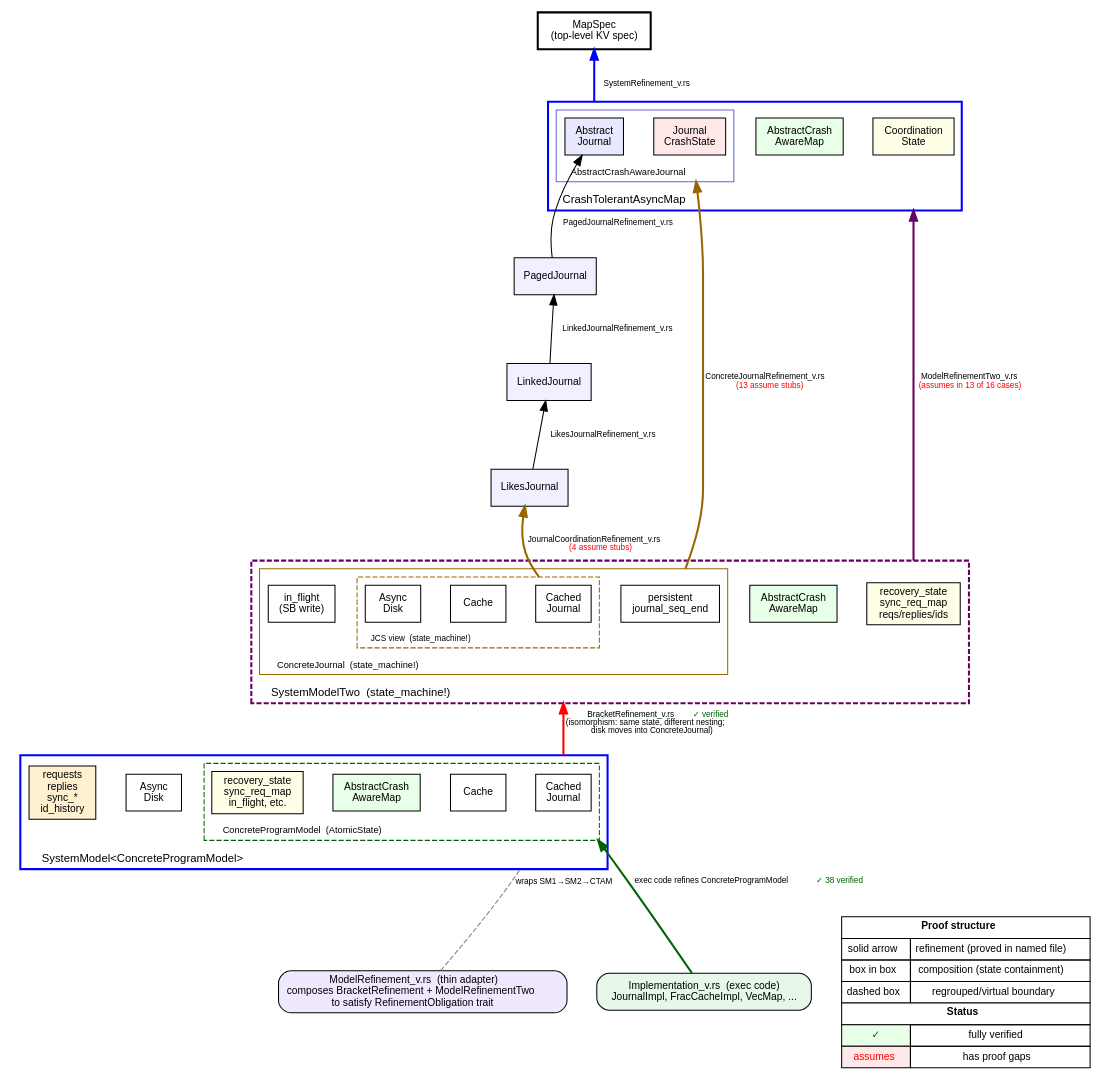
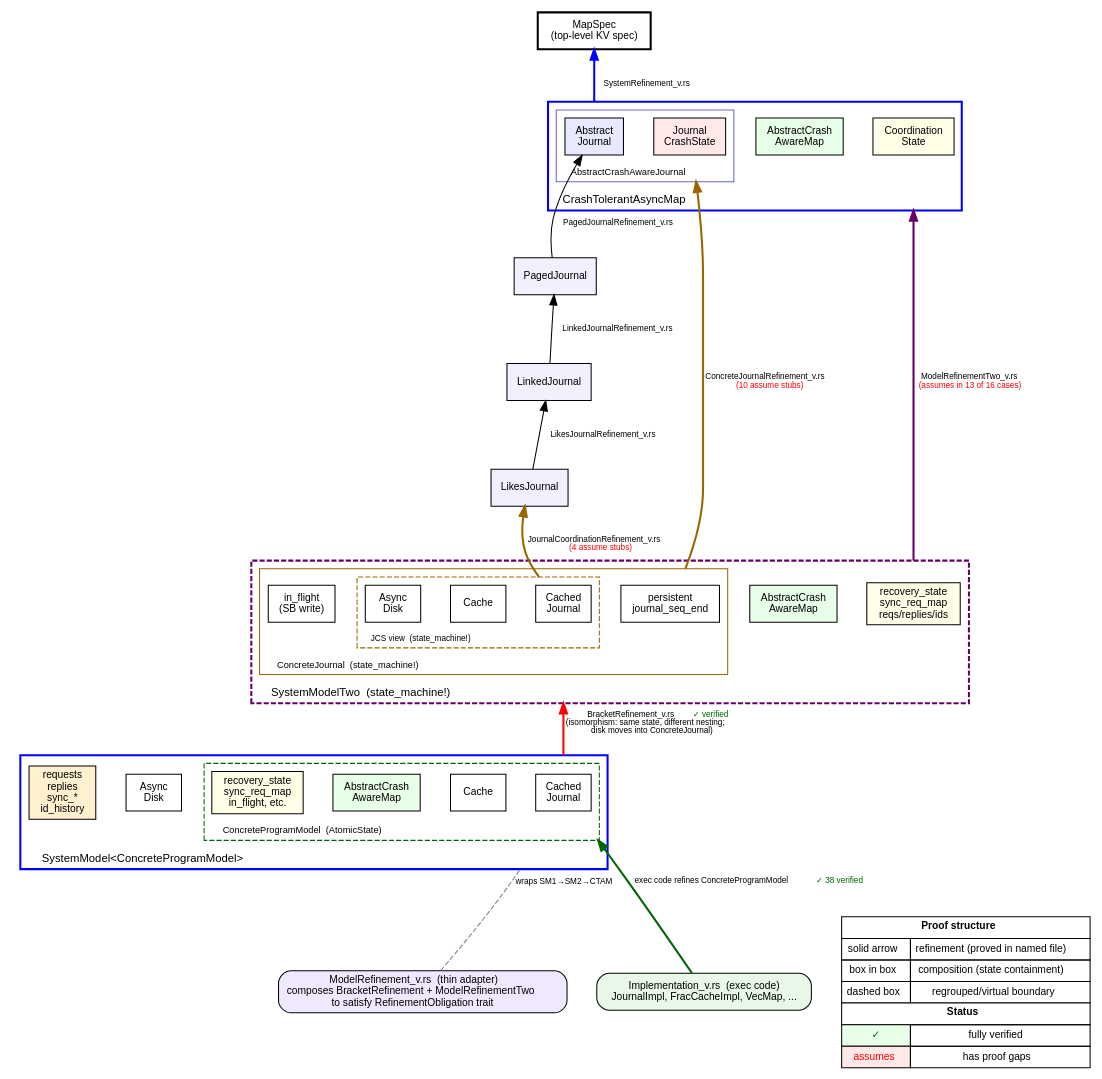
One commit to verisplinter/splinter changed the diagram in docs/fancy-diagram/proof_hierarchy.dot. Above: the diagram before and after it, drawn with Graphviz. The commit also changed 1 other file, not shown here.

```diff
--- a/docs/fancy-diagram/proof_hierarchy.dot
+++ b/docs/fancy-diagram/proof_hierarchy.dot
@@ -1,146 +1,146 @@
 digraph proof_hierarchy {
     rankdir=BT;
     compound=true;
     newrank=true;
     fontname="Helvetica";
     node [fontname="Helvetica", fontsize=10];
     edge [fontname="Helvetica", fontsize=8];
     ranksep=0.8;
     nodesep=0.4;
 
     // ===== TOP: MapSpec =====
     MapSpec [shape=box, style="bold", label="MapSpec\n(top-level KV spec)"];
 
     // ===== Level 3: CrashTolerantAsyncMap (abstract composition) =====
     subgraph cluster_CTAM {
         label="CrashTolerantAsyncMap";
         labeljust=l; style=bold; fontsize=11; color=blue;
 
         subgraph cluster_ACAJ {
             label="AbstractCrashAwareJournal";
             labeljust=l; fontsize=9; color="#6666cc"; style=solid;
 
             CTAM_AJ [shape=box, label="Abstract\nJournal", style=filled, fillcolor="#e8e8ff"];
             CTAM_JCrash [shape=box, label="Journal\nCrashState", style=filled, fillcolor="#ffe8e8"];
         }
         CTAM_Map [shape=box, label="AbstractCrash\nAwareMap", style=filled, fillcolor="#e8ffe8"];
         CTAM_Coord [shape=box, label="Coordination\nState", style=filled, fillcolor="#ffffe8"];
 
         { rank=same; CTAM_AJ; CTAM_JCrash; CTAM_Map; CTAM_Coord; }
     }
 
     // CTAM refines to MapSpec
     CTAM_AJ -> MapSpec [
         label="  SystemRefinement_v.rs",
         style=bold, color=blue, ltail=cluster_CTAM];
 
     // ===== Journal refinement chain (vertical, left side) =====
     PagedJ [shape=box, label="PagedJournal", style=filled, fillcolor="#f0f0ff"];
     LinkedJ [shape=box, label="LinkedJournal", style=filled, fillcolor="#f0f0ff"];
     LJ [shape=box, label="LikesJournal", style=filled, fillcolor="#f0f0ff"];
 
     LJ -> LinkedJ [label="  LikesJournalRefinement_v.rs"];
     LinkedJ -> PagedJ [label="  LinkedJournalRefinement_v.rs"];
     PagedJ -> CTAM_AJ [label="  PagedJournalRefinement_v.rs"];
 
     // ===== Level 2: SystemModelTwo =====
     subgraph cluster_SM2 {
         label="SystemModelTwo  (state_machine!)";
         labeljust=l; style="bold,dashed"; fontsize=11; color="#660066";
 
         subgraph cluster_ConcJ {
             label="ConcreteJournal  (state_machine!)";
             labeljust=l; fontsize=9; color="#996600"; style=solid;
 
             subgraph cluster_JCS {
                 label="JCS view  (state_machine!)";
                 labeljust=l; fontsize=8; color="#996600"; style=dashed;
 
                 SM2_CJ [shape=box, label="Cached\nJournal"];
                 SM2_Cache [shape=box, label="Cache"];
                 SM2_Disk [shape=box, label="Async\nDisk"];
             }
             SM2_PersistJSE [shape=box, label="persistent\njournal_seq_end"];
             SM2_InFlight [shape=box, label="in_flight\n(SB write)"];
         }
         SM2_Map [shape=box, label="AbstractCrash\nAwareMap", style=filled, fillcolor="#e8ffe8"];
         SM2_Coord [shape=box, label="recovery_state\nsync_req_map\nreqs/replies/ids", style=filled, fillcolor="#ffffe8"];
 
         { rank=same; SM2_CJ; SM2_Cache; SM2_Disk; SM2_PersistJSE; SM2_InFlight; SM2_Map; SM2_Coord; }
     }
 
     // JCS -> LikesJournal (leftmost refinement — innermost, developed first)
     SM2_CJ -> LJ [
         label=<  JournalCoordinationRefinement_v.rs<BR/>  <FONT COLOR="red">(4 assume stubs)</FONT>>,
         style=bold, color="#996600",
         ltail=cluster_JCS];
 
     // ConcreteJournal -> ACAJ (middle — uses journal chain)
     SM2_PersistJSE -> CTAM_JCrash [
-        label=<  ConcreteJournalRefinement_v.rs<BR/>  <FONT COLOR="red">(13 assume stubs)</FONT>>,
+        label=<  ConcreteJournalRefinement_v.rs<BR/>  <FONT COLOR="red">(10 assume stubs)</FONT>>,
         style=bold, color="#996600",
         ltail=cluster_ConcJ, lhead=cluster_ACAJ];
 
     // SM2 -> CTAM (rightmost, outermost — uses ConcreteJournalRefinement)
     SM2_Coord -> CTAM_Coord [
         label=<  ModelRefinementTwo_v.rs<BR/>  <FONT COLOR="red">(assumes in 13 of 16 cases)</FONT>>,
         style=bold, color="#660066",
         ltail=cluster_SM2, lhead=cluster_CTAM];
 
     // ===== Level 1: SystemModel (original grouping) =====
     subgraph cluster_SM1 {
         label="SystemModel<ConcreteProgramModel>";
         labeljust=l; style=bold; fontsize=11; color=blue;
 
         subgraph cluster_CPM {
             label="ConcreteProgramModel  (AtomicState)";
             labeljust=l; fontsize=9; color=darkgreen; style=dashed;
 
             SM1_CJ [shape=box, label="Cached\nJournal"];
             SM1_Cache [shape=box, label="Cache"];
             SM1_Map [shape=box, label="AbstractCrash\nAwareMap", style=filled, fillcolor="#e8ffe8"];
             SM1_Coord [shape=box, label="recovery_state\nsync_req_map\nin_flight, etc.", style=filled, fillcolor="#ffffe8"];
         }
         SM1_Disk [shape=box, label="Async\nDisk"];
         SM1_IO [shape=box, label="requests\nreplies\nsync_*\nid_history", style=filled, fillcolor="#fff0d0"];
 
         { rank=same; SM1_CJ; SM1_Cache; SM1_Map; SM1_Coord; SM1_Disk; SM1_IO; }
     }
 
     // SM1 -> SM2 bracket refinement
     SM1_CJ -> SM2_CJ [
         label=<  BracketRefinement_v.rs  <FONT COLOR="darkgreen">&#x2713; verified</FONT><BR/>  (isomorphism: same state, different nesting;<BR/>   disk moves into ConcreteJournal)>,
         style=bold, color=red,
         ltail=cluster_SM1, lhead=cluster_SM2];
 
     // ===== Adapter =====
     Adapter [shape=box, style="rounded,filled", fillcolor="#f0e8ff",
         label=<ModelRefinement_v.rs  (thin adapter)<BR/>composes BracketRefinement + ModelRefinementTwo<BR/>to satisfy RefinementObligation trait>];
 
     Adapter -> SM1_CJ [style=dashed, color=gray, arrowhead=none,
         label=<  wraps SM1&#x2192;SM2&#x2192;CTAM>,
         lhead=cluster_SM1];
 
     // ===== Implementation =====
     Impl [shape=box, style="rounded,filled", fillcolor="#e8f8e8",
         label="Implementation_v.rs  (exec code)\nJournalImpl, FracCacheImpl, VecMap, ..."];
 
     Impl -> SM1_CJ [style=bold, color=darkgreen,
         label=<  exec code refines ConcreteProgramModel  <FONT COLOR="darkgreen">&#x2713; 38 verified</FONT>>,
         lhead=cluster_CPM];
 
     // ===== Layout hints =====
     {rank=max; MapSpec;}
 
     // Legend
     legend [shape=none, margin=0, label=<
 <TABLE BORDER="0" CELLBORDER="1" CELLSPACING="0" CELLPADDING="4">
   <TR><TD COLSPAN="2" BGCOLOR="white"><B>Proof structure</B></TD></TR>
   <TR><TD>solid arrow</TD><TD>refinement (proved in named file)</TD></TR>
   <TR><TD>box in box</TD><TD>composition (state containment)</TD></TR>
   <TR><TD>dashed box</TD><TD>regrouped/virtual boundary</TD></TR>
   <TR><TD COLSPAN="2" BGCOLOR="white"><B>Status</B></TD></TR>
   <TR><TD BGCOLOR="#e8ffe8"><FONT COLOR="darkgreen">&#x2713;</FONT></TD><TD>fully verified</TD></TR>
   <TR><TD BGCOLOR="#ffe8e8"><FONT COLOR="red">assumes</FONT></TD><TD>has proof gaps</TD></TR>
 </TABLE>>];
 }
```
